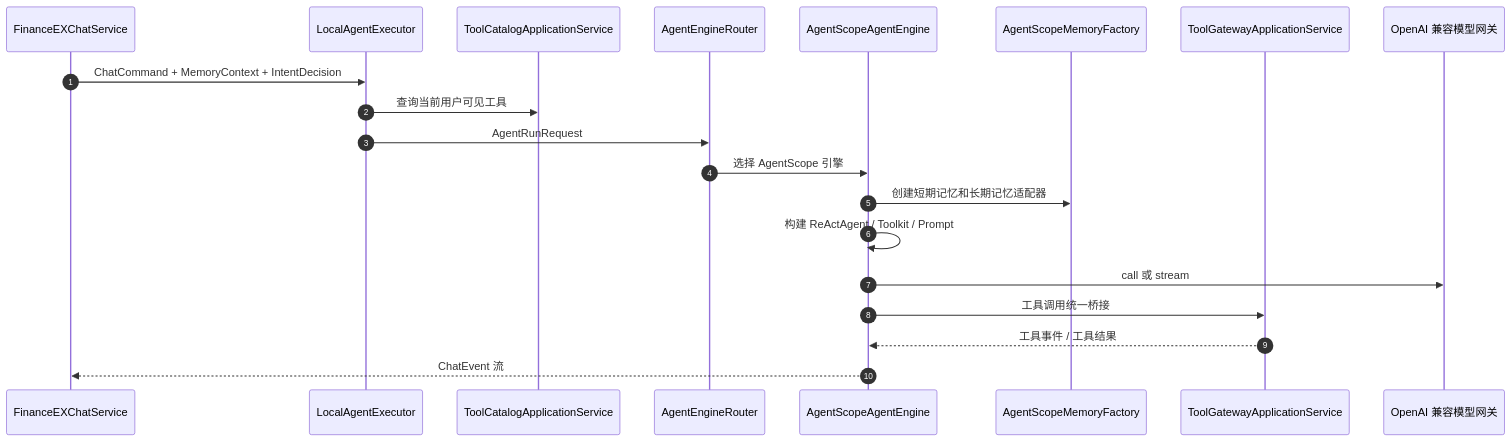
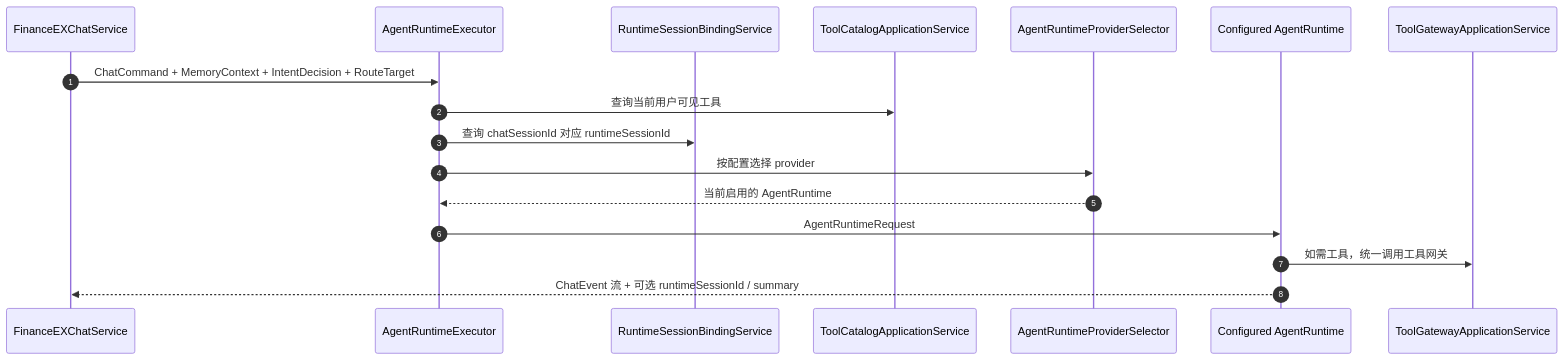
One commit to kunben-duck/exweb changed the seventh of 14 diagrams in docs/architecture/README.md. Above: the diagram before and after it, drawn with Mermaid. The commit also changed other lines of this file and 39 other files, not shown here.

Commit message:
Refactor chat routing to unified agent runtime

````diff
--- a/docs/architecture/README.md
+++ b/docs/architecture/README.md
@@ -161,23 +394,20 @@
 ```mermaid
 sequenceDiagram
     autonumber
     participant Chat as FinanceEXChatService
-    participant Local as LocalAgentExecutor
+    participant Exec as AgentRuntimeExecutor
+    participant Binding as RuntimeSessionBindingService
     participant Catalog as ToolCatalogApplicationService
-    participant Router as AgentEngineRouter
-    participant Agent as AgentScopeAgentEngine
-    participant MemoryFactory as AgentScopeMemoryFactory
-    participant ToolGateway as ToolGatewayApplicationService
-    participant LLM as OpenAI 兼容模型网关
+    participant Selector as AgentRuntimeProviderSelector
+    participant Runtime as Configured AgentRuntime
+    participant TG as ToolGatewayApplicationService
 
-    Chat->>Local: ChatCommand + MemoryContext + IntentDecision
-    Local->>Catalog: 查询当前用户可见工具
-    Local->>Router: AgentRunRequest
-    Router->>Agent: 选择 AgentScope 引擎
-    Agent->>MemoryFactory: 创建短期记忆和长期记忆适配器
-    Agent->>Agent: 构建 ReActAgent / Toolkit / Prompt
-    Agent->>LLM: call 或 stream
-    Agent->>ToolGateway: 工具调用统一桥接
-    ToolGateway-->>Agent: 工具事件 / 工具结果
-    Agent-->>Chat: ChatEvent 流
+    Chat->>Exec: ChatCommand + MemoryContext + IntentDecision + RouteTarget
+    Exec->>Catalog: 查询当前用户可见工具
+    Exec->>Binding: 查询 chatSessionId 对应 runtimeSessionId
+    Exec->>Selector: 按配置选择 provider
+    Selector-->>Exec: 当前启用的 AgentRuntime
+    Exec->>Runtime: AgentRuntimeRequest
+    Runtime->>TG: 如需工具，统一调用工具网关
+    Runtime-->>Chat: ChatEvent 流 + 可选 runtimeSessionId / summary
 ```
````
